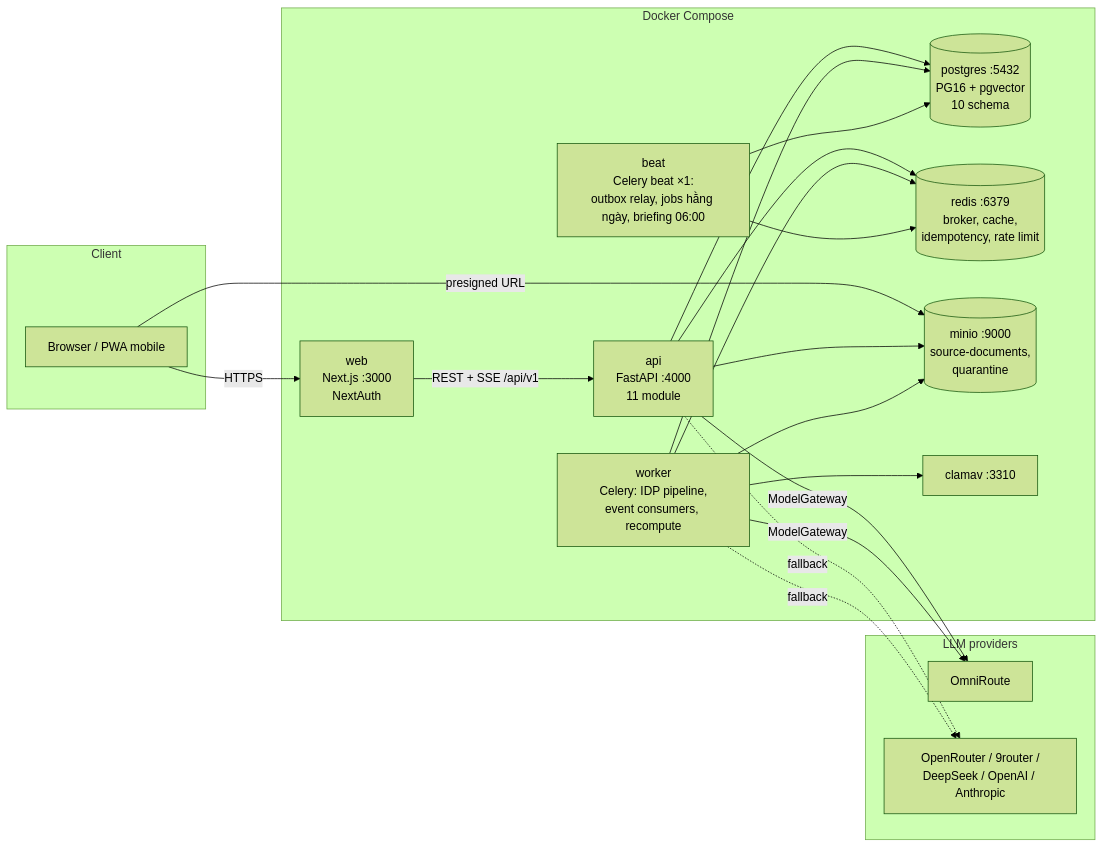
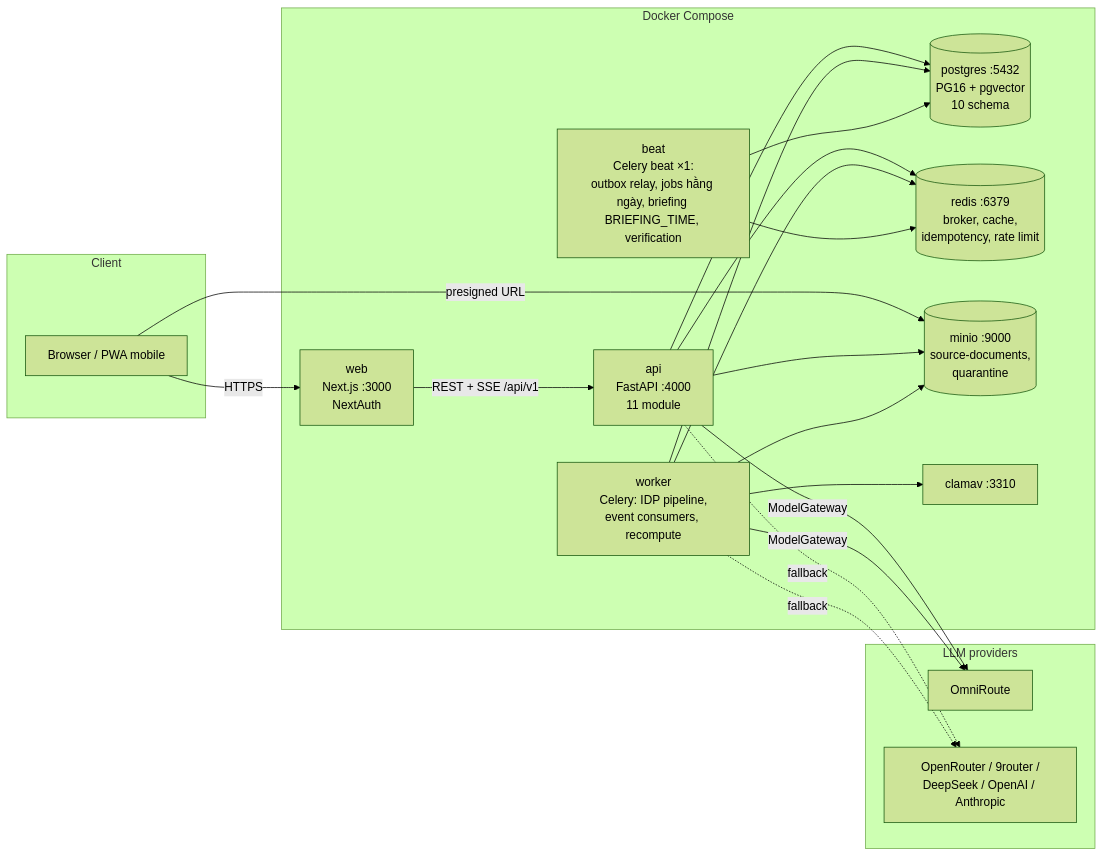
The first of 4 diagrams in docs/3.EXECUTION/07-TECH-ARCHITECTURE.md (hovikhanh/Aureon), drawn with Mermaid (forest theme) before and after one commit. The commit also changed other lines of this file and 1 other file, not shown here.

Commit message:
docs(v2.1): rebuild 07-ARCHITECTURE with provider selection and NFR (DEC-148, DEC-149, DEC-152)

````diff
--- a/docs/3.EXECUTION/07-TECH-ARCHITECTURE.md
+++ b/docs/3.EXECUTION/07-TECH-ARCHITECTURE.md
@@ -67,36 +70,36 @@
 ```mermaid
 flowchart LR
   subgraph Client
     B[Browser / PWA mobile]
   end
   subgraph Compose[Docker Compose]
     WEB[web<br/>Next.js :3000<br/>NextAuth]
     API[api<br/>FastAPI :4000<br/>11 module]
     WK[worker<br/>Celery: IDP pipeline,<br/>event consumers, recompute]
-    BEAT[beat<br/>Celery beat ×1:<br/>outbox relay, jobs hằng ngày, briefing 06:00]
+    BEAT[beat<br/>Celery beat ×1:<br/>outbox relay, jobs hằng ngày, briefing BRIEFING_TIME, verification]
     PG[(postgres :5432<br/>PG16 + pgvector<br/>10 schema)]
     RD[(redis :6379<br/>broker, cache,<br/>idempotency, rate limit)]
     S3[(minio :9000<br/>source-documents,<br/>quarantine)]
     AV[clamav :3310]
   end
   subgraph External[LLM providers]
     OR[OmniRoute]
     OP[OpenRouter / 9router /<br/>DeepSeek / OpenAI / Anthropic]
   end
   B -->|HTTPS| WEB
   B -->|presigned URL| S3
   WEB -->|REST + SSE /api/v1| API
   API --> PG
   API --> RD
   API --> S3
   WK --> PG
   WK --> RD
   WK --> S3
   WK --> AV
   BEAT --> RD
   BEAT --> PG
   API -->|ModelGateway| OR
   WK -->|ModelGateway| OR
   API -.fallback.-> OP
   WK -.fallback.-> OP
 ```
````
